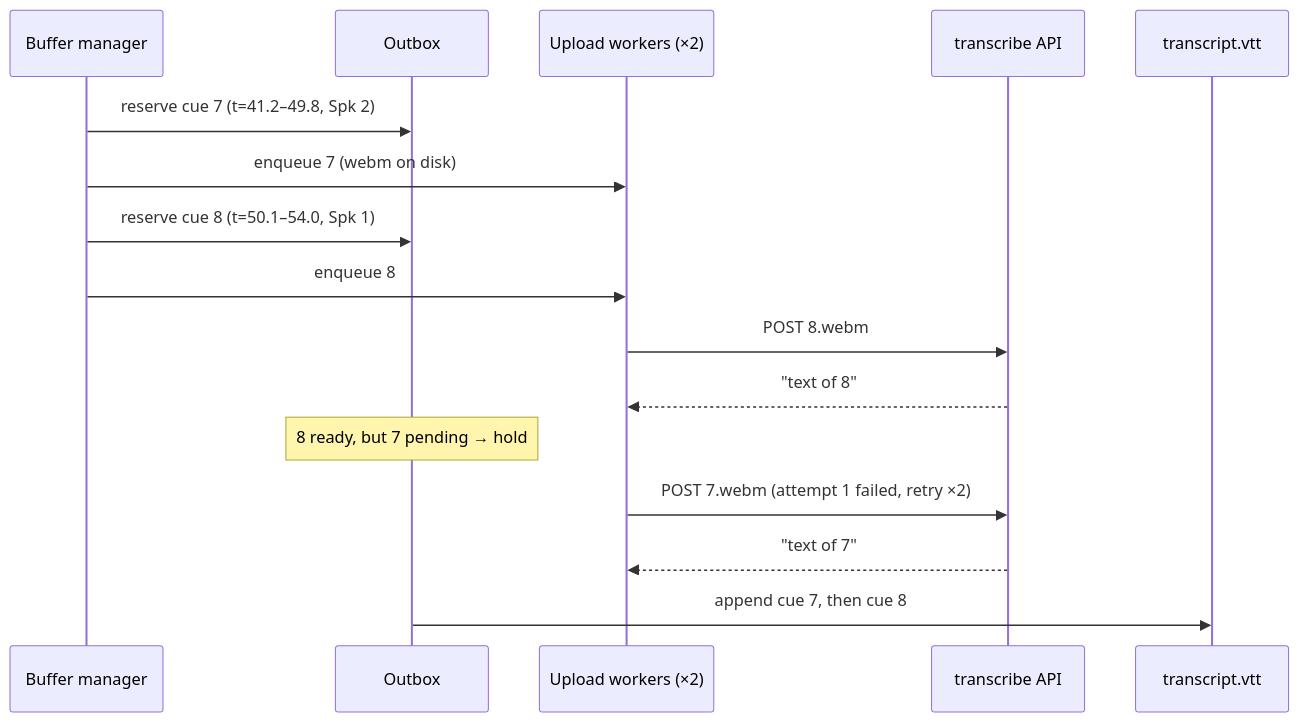
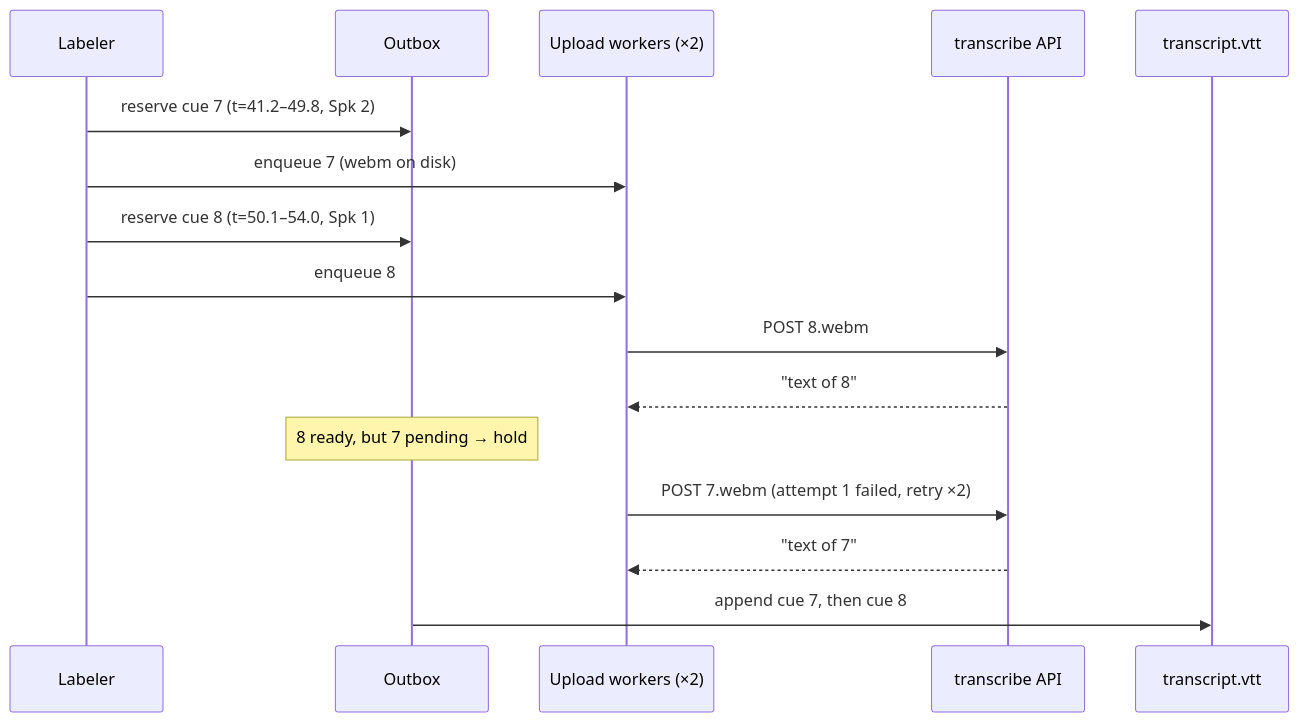
One commit to predict-woo/simbi changed the second of 2 diagrams in docs/recording-algorithm.md. Above: the diagram before and after it, drawn with Mermaid. The commit also changed other lines of this file, not shown here.

````diff
--- a/docs/recording-algorithm.md
+++ b/docs/recording-algorithm.md
@@ -605,19 +588,19 @@
 ```mermaid
 sequenceDiagram
-    participant BM as Buffer manager
+    participant LB as Labeler
     participant OB as Outbox
     participant UQ as Upload workers (×2)
     participant API as transcribe API
     participant VTT as transcript.vtt
 
-    BM->>OB: reserve cue 7 (t=41.2–49.8, Spk 2)
-    BM->>UQ: enqueue 7 (webm on disk)
-    BM->>OB: reserve cue 8 (t=50.1–54.0, Spk 1)
-    BM->>UQ: enqueue 8
+    LB->>OB: reserve cue 7 (t=41.2–49.8, Spk 2)
+    LB->>UQ: enqueue 7 (webm on disk)
+    LB->>OB: reserve cue 8 (t=50.1–54.0, Spk 1)
+    LB->>UQ: enqueue 8
     UQ->>API: POST 8.webm
     API-->>UQ: "text of 8"
     Note over OB: 8 ready, but 7 pending → hold
     UQ->>API: POST 7.webm (attempt 1 failed, retry ×2)
     API-->>UQ: "text of 7"
     OB->>VTT: append cue 7, then cue 8
 ```
````
